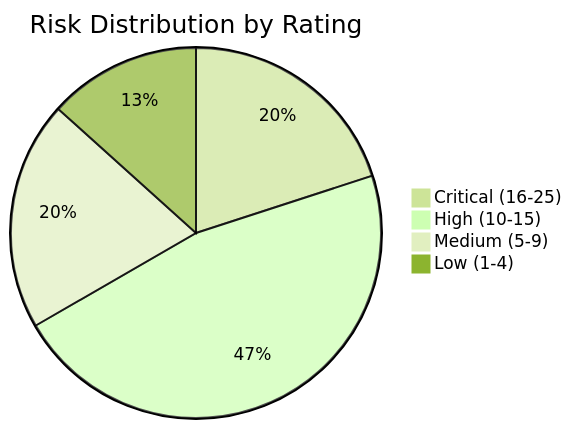
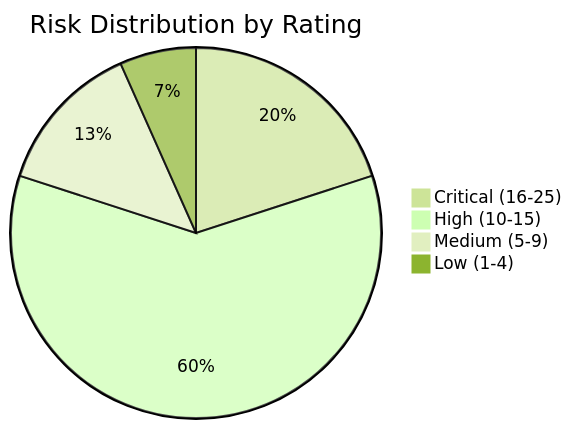
The second of 2 diagrams in diagrams/RISK_REGISTER.md (Cognition-Partner-Workshops/uc-legacy-modernization-cobol-to-java), drawn with Mermaid (forest theme) before and after one commit.

Commit message:
Fix risk summary pie chart counts to match actual risk ratings
Pie chart showed 7 High/3 Medium/2 Low but actual counts from
likelihood x impact scoring are 9 High/2 Medium/1 Low, matching
the summary table below it.

````diff
--- a/diagrams/RISK_REGISTER.md
+++ b/diagrams/RISK_REGISTER.md
@@ -457,7 +457,7 @@
 ```mermaid
 pie title Risk Distribution by Rating
     "Critical (16-25)" : 3
-    "High (10-15)" : 7
-    "Medium (5-9)" : 3
-    "Low (1-4)" : 2
+    "High (10-15)" : 9
+    "Medium (5-9)" : 2
+    "Low (1-4)" : 1
 ```
````
